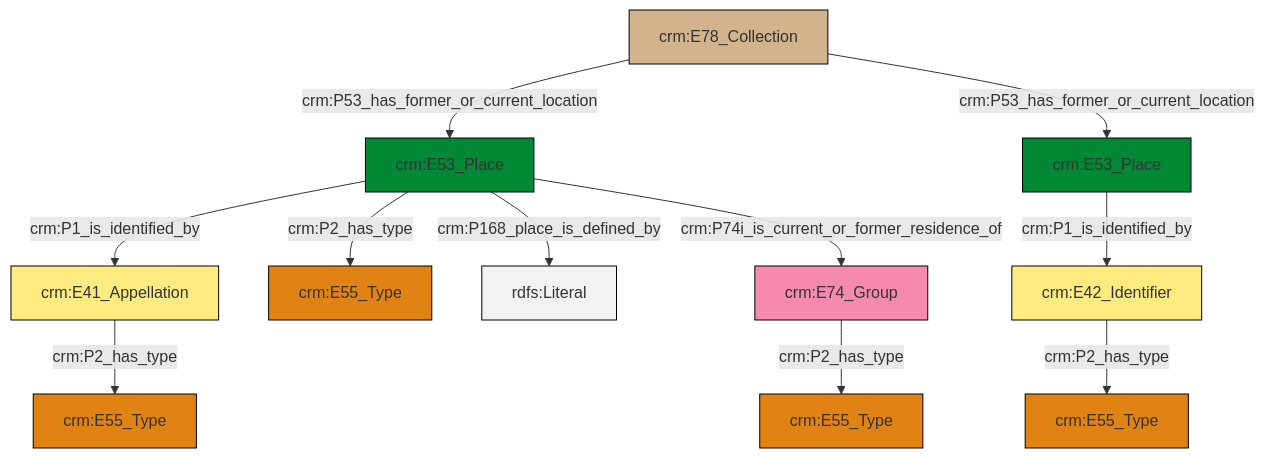
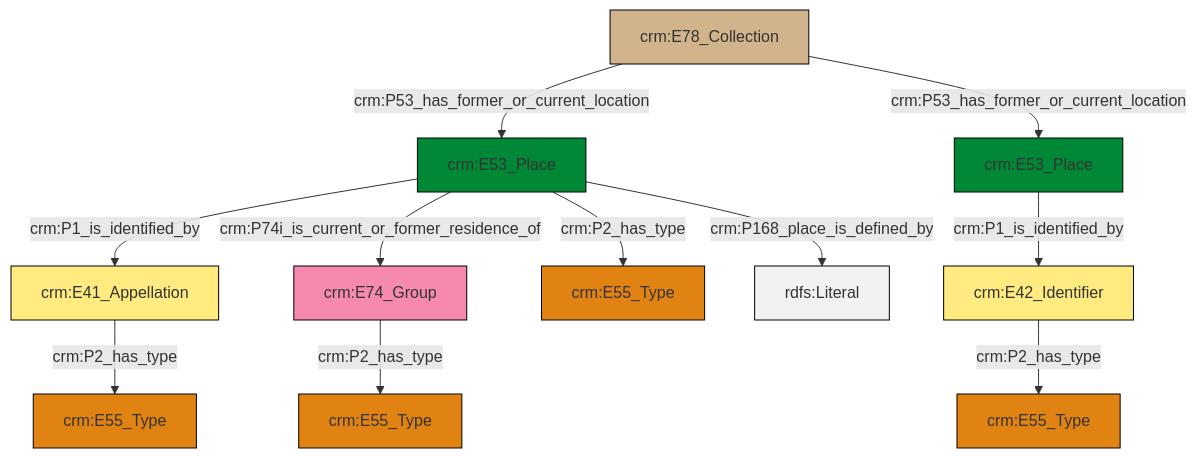
One commit to swiss-art-research-net/docs.swissartresearch changed the diagram in et/archivalCSV/ttl/mmd/archival_location.ttl.mmd. Above: the diagram before and after it, drawn with Mermaid. The commit also changed 195 other files, not shown here.

```diff
--- a/et/archivalCSV/ttl/mmd/archival_location.ttl.mmd
+++ b/et/archivalCSV/ttl/mmd/archival_location.ttl.mmd
@@ -1,25 +1,25 @@
 graph TD
 classDef Literal fill:#f2f2f2,stroke:#000000;
 classDef CRM_Entity fill:#FFFFFF,stroke:#000000;
 classDef Temporal_Entity fill:#00C9E6, stroke:#000000;
 classDef Type fill:#E18312, stroke:#000000;
 classDef Time-Span fill:#2C9C91, stroke:#000000;
 classDef Appellation fill:#FFEB7F, stroke:#000000;
 classDef Place fill:#008836, stroke:#000000;
 classDef Persistent_Item fill:#B266B2, stroke:#000000;
 classDef Conceptual_Object fill:#FFD700, stroke:#000000;
 classDef Physical_Thing fill:#D2B48C, stroke:#000000;
 classDef Actor fill:#f58aad, stroke:#000000;
 classDef PC_Classes fill:#4ce600, stroke:#000000;
 classDef Multi fill:#cccccc,stroke:#000000;
 
-6["crm:E42_Identifier"]:::Appellation -->|crm:P2_has_type| 7["crm:E55_Type"]:::Type
-2["crm:E53_Place"]:::Place -->|crm:P1_is_identified_by| 8["crm:E41_Appellation"]:::Appellation
-2["crm:E53_Place"]:::Place -->|crm:P2_has_type| 9["crm:E55_Type"]:::Type
-10["crm:E78_Collection"]:::Physical_Thing -->|crm:P53_has_former_or_current_location| 2["crm:E53_Place"]:::Place
-10["crm:E78_Collection"]:::Physical_Thing -->|crm:P53_has_former_or_current_location| 0["crm:E53_Place"]:::Place
-2["crm:E53_Place"]:::Place -->|crm:P168_place_is_defined_by| 19[rdfs:Literal]:::Literal
-2["crm:E53_Place"]:::Place -->|crm:P74i_is_current_or_former_residence_of| 16["crm:E74_Group"]:::Actor
-0["crm:E53_Place"]:::Place -->|crm:P1_is_identified_by| 6["crm:E42_Identifier"]:::Appellation
-8["crm:E41_Appellation"]:::Appellation -->|crm:P2_has_type| 4["crm:E55_Type"]:::Type
-16["crm:E74_Group"]:::Actor -->|crm:P2_has_type| 14["crm:E55_Type"]:::Type
+0["crm:E42_Identifier"]:::Appellation -->|crm:P2_has_type| 1["crm:E55_Type"]:::Type
+3["crm:E53_Place"]:::Place -->|crm:P1_is_identified_by| 4["crm:E41_Appellation"]:::Appellation
+5["crm:E78_Collection"]:::Physical_Thing -->|crm:P53_has_former_or_current_location| 3["crm:E53_Place"]:::Place
+3["crm:E53_Place"]:::Place -->|crm:P74i_is_current_or_former_residence_of| 8["crm:E74_Group"]:::Actor
+11["crm:E53_Place"]:::Place -->|crm:P1_is_identified_by| 0["crm:E42_Identifier"]:::Appellation
+5["crm:E78_Collection"]:::Physical_Thing -->|crm:P53_has_former_or_current_location| 11["crm:E53_Place"]:::Place
+8["crm:E74_Group"]:::Actor -->|crm:P2_has_type| 17["crm:E55_Type"]:::Type
+4["crm:E41_Appellation"]:::Appellation -->|crm:P2_has_type| 15["crm:E55_Type"]:::Type
+3["crm:E53_Place"]:::Place -->|crm:P2_has_type| 6["crm:E55_Type"]:::Type
+3["crm:E53_Place"]:::Place -->|crm:P168_place_is_defined_by| 24[rdfs:Literal]:::Literal
```
